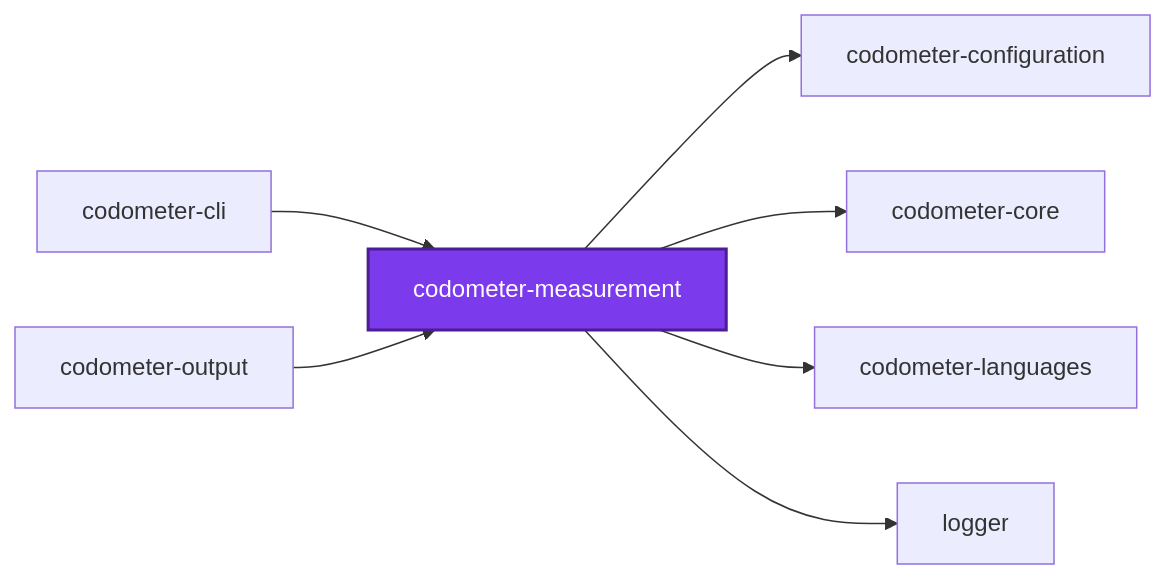
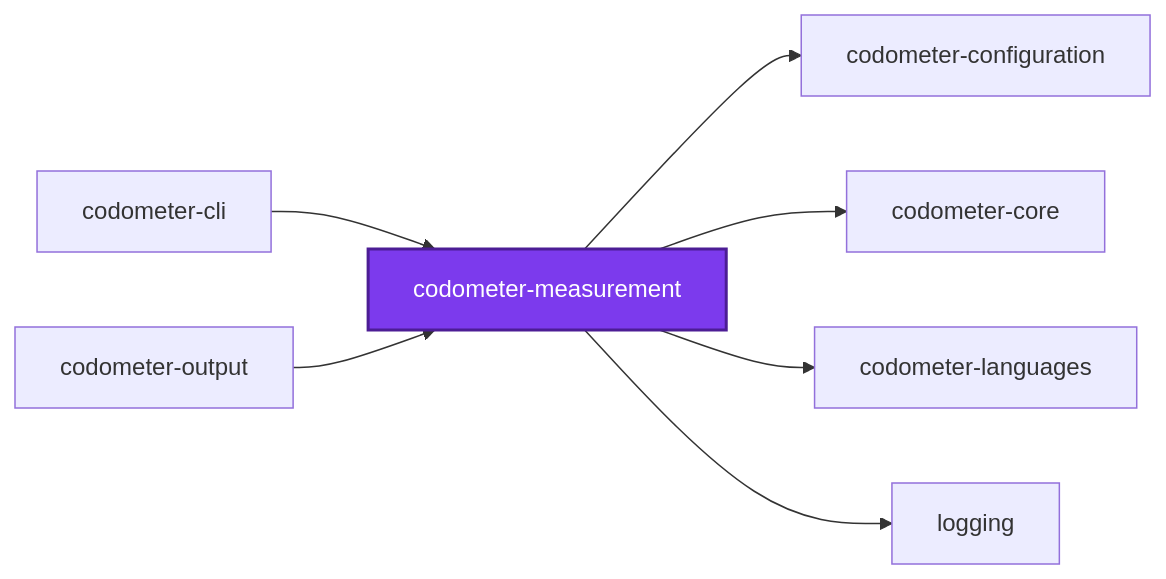
Before and after one commit to Organizzolini/codebase: the first of 3 diagrams in packages/ic-suite/codometer/codometer-measurement/README.md, drawn with Mermaid. The commit also changed 555 other files, not shown here.

````diff
--- a/packages/ic-suite/codometer/codometer-measurement/README.md
+++ b/packages/ic-suite/codometer/codometer-measurement/README.md
@@ -32,18 +32,18 @@
 ```mermaid
 graph LR
   codometer_cli["codometer-cli"]
   codometer_configuration["codometer-configuration"]
   codometer_core["codometer-core"]
   codometer_languages["codometer-languages"]
   codometer_measurement["codometer-measurement"]
   codometer_output["codometer-output"]
-  logger["logger"]
+  logging["logging"]
   codometer_cli --> codometer_measurement
   codometer_measurement --> codometer_configuration
   codometer_measurement --> codometer_core
   codometer_measurement --> codometer_languages
-  codometer_measurement --> logger
+  codometer_measurement --> logging
   codometer_output --> codometer_measurement
   classDef subject fill:#7c3aed,color:#fff,stroke:#4c1d95,stroke-width:2px
   class codometer_measurement subject
 ```
````
